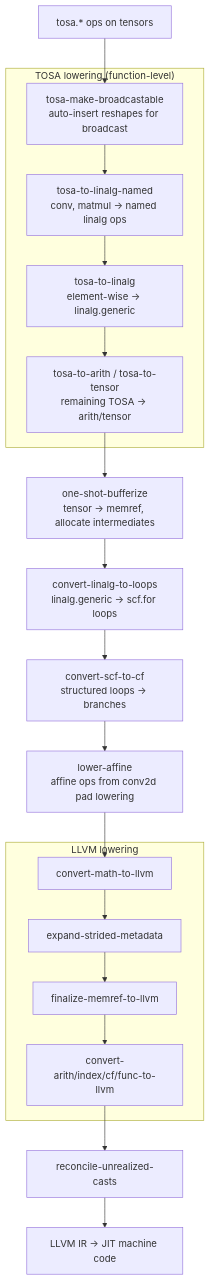
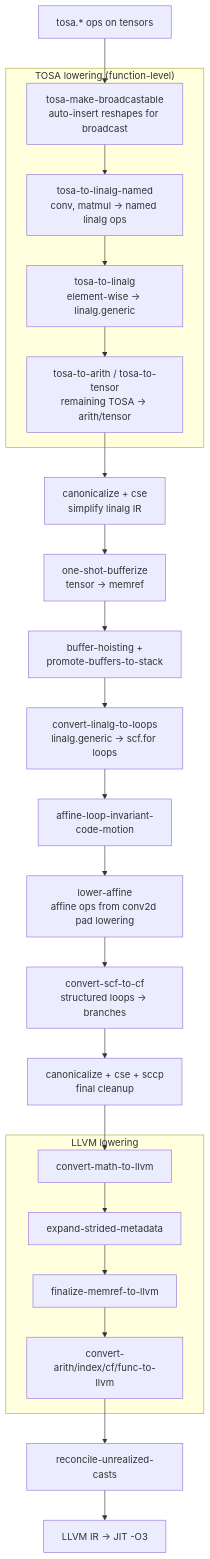
One commit to edg-l/homura changed the second of 4 diagrams in docs/design.md. Above: the diagram before and after it, drawn with Mermaid. The commit also changed other lines of this file and 2 other files, not shown here.

Commit message:
add MLIR optimization passes and LLVM -O3
- canonicalize + CSE after TOSA-to-linalg lowering
- buffer-hoisting + promote-buffers-to-stack after bufferization
- affine-loop-invariant-code-motion after linalg-to-loops
- canonicalize + CSE + SCCP after scf-to-cf
- bump JIT ExecutionEngine from -O2 to -O3

````diff
--- a/docs/design.md
+++ b/docs/design.md
@@ -92,27 +92,31 @@
 ```mermaid
 flowchart TD
     A["tosa.* ops on tensors"] --> B
 
     subgraph TOSA["TOSA lowering (function-level)"]
         B["tosa-make-broadcastable<br>auto-insert reshapes for broadcast"]
         B --> B2["tosa-to-linalg-named<br>conv, matmul → named linalg ops"]
         B2 --> B3["tosa-to-linalg<br>element-wise → linalg.generic"]
         B3 --> B4["tosa-to-arith / tosa-to-tensor<br>remaining TOSA → arith/tensor"]
     end
 
-    B4 --> C["one-shot-bufferize<br>tensor → memref, allocate intermediates"]
-    C --> D["convert-linalg-to-loops<br>linalg.generic → scf.for loops"]
-    D --> E["convert-scf-to-cf<br>structured loops → branches"]
-    E --> F["lower-affine<br>affine ops from conv2d pad lowering"]
+    B4 --> OPT1["canonicalize + cse<br>simplify linalg IR"]
+    OPT1 --> C["one-shot-bufferize<br>tensor → memref"]
+    C --> BUF["buffer-hoisting +<br>promote-buffers-to-stack"]
+    BUF --> D["convert-linalg-to-loops<br>linalg.generic → scf.for loops"]
+    D --> LICM["affine-loop-invariant-<br>code-motion"]
+    LICM --> F["lower-affine<br>affine ops from conv2d pad lowering"]
+    F --> E["convert-scf-to-cf<br>structured loops → branches"]
+    E --> OPT2["canonicalize + cse + sccp<br>final cleanup"]
 
     subgraph LLVM["LLVM lowering"]
         G["convert-math-to-llvm"]
         G --> G2["expand-strided-metadata"]
         G2 --> G3["finalize-memref-to-llvm"]
         G3 --> G4["convert-arith/index/cf/func-to-llvm"]
     end
 
-    F --> G
+    OPT2 --> G
     G4 --> H["reconcile-unrealized-casts"]
-    H --> I["LLVM IR → JIT machine code"]
+    H --> I["LLVM IR → JIT -O3"]
 ```
````
